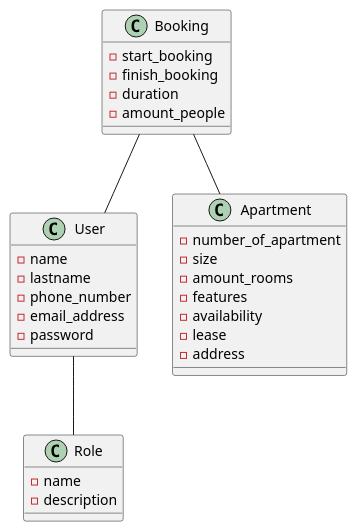
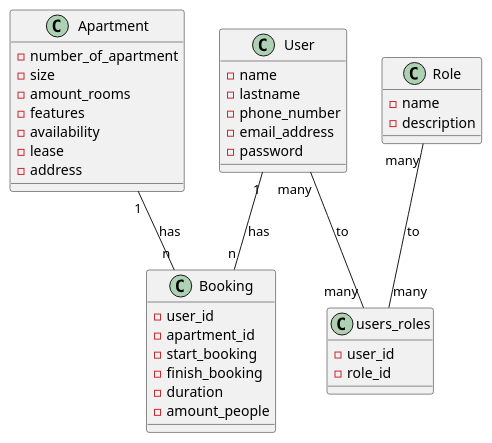
One commit to gvrl1/sistema-alquileres changed the diagram in doc/sist-alquileres.puml. Above: the diagram before and after it, drawn with PlantUML. The commit also changed 25 other files, not shown here.

```diff
--- a/doc/sist-alquileres.puml
+++ b/doc/sist-alquileres.puml
@@ -1,37 +1,45 @@
 @startuml sistema-alquileres
 
 class User {
     - name
     - lastname
     - phone_number
     - email_address
     - password
 }
 
 class Role {
     - name
     - description
 }
 
 class Booking {
+    - user_id
+    - apartment_id
     - start_booking
     - finish_booking
     - duration
     - amount_people
 }
 
 class Apartment {
     - number_of_apartment
     - size
     - amount_rooms
     - features
     - availability
     - lease
     - address
 }
 
-Booking -- User
-Booking -- Apartment
-User -- Role
+class users_roles {
+    - user_id
+    - role_id
+}
+
+User "1" -- "n" Booking : has
+Apartment "1" -- "n" Booking : has
+User "many" -- "many" users_roles : to
+Role "many" -- "many" users_roles : to
 
 @enduml
```
